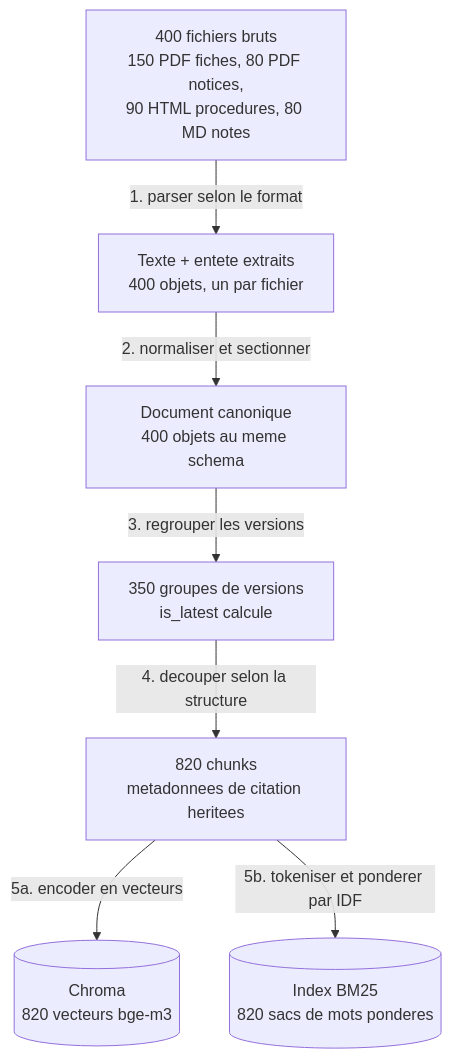
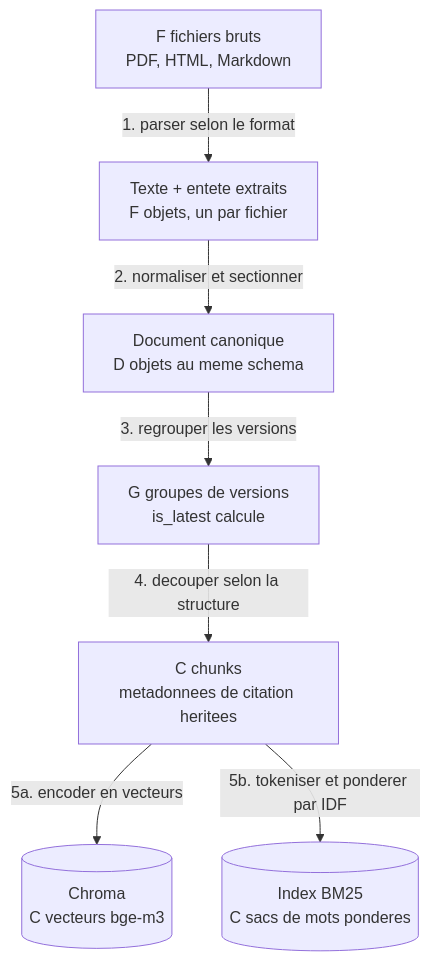
One commit to Bealph/sorabel-gateway changed the first of 4 diagrams in docs/conception/01_flux_chunks.md. Above: the diagram before and after it, drawn with Mermaid. The commit also changed other lines of this file and 17 other files, not shown here.

````diff
--- a/docs/conception/01_flux_chunks.md
+++ b/docs/conception/01_flux_chunks.md
@@ -88,17 +87,17 @@
 ```mermaid
 flowchart TB
-    A["400 fichiers bruts<br/>150 PDF fiches, 80 PDF notices,<br/>90 HTML procedures, 80 MD notes"]
-    B["Texte + entete extraits<br/>400 objets, un par fichier"]
-    C["Document canonique<br/>400 objets au meme schema"]
-    D["350 groupes de versions<br/>is_latest calcule"]
-    E["820 chunks<br/>metadonnees de citation heritees"]
-    F[("Chroma<br/>820 vecteurs bge-m3")]
-    G[("Index BM25<br/>820 sacs de mots ponderes")]
+    A["F fichiers bruts<br/>PDF, HTML, Markdown"]
+    B["Texte + entete extraits<br/>F objets, un par fichier"]
+    C["Document canonique<br/>D objets au meme schema"]
+    D["G groupes de versions<br/>is_latest calcule"]
+    E["C chunks<br/>metadonnees de citation heritees"]
+    F[("Chroma<br/>C vecteurs bge-m3")]
+    G[("Index BM25<br/>C sacs de mots ponderes")]
 
     A -->|"1. parser selon le format"| B
     B -->|"2. normaliser et sectionner"| C
     C -->|"3. regrouper les versions"| D
     D -->|"4. decouper selon la structure"| E
     E -->|"5a. encoder en vecteurs"| F
     E -->|"5b. tokeniser et ponderer par IDF"| G
 ```
````
